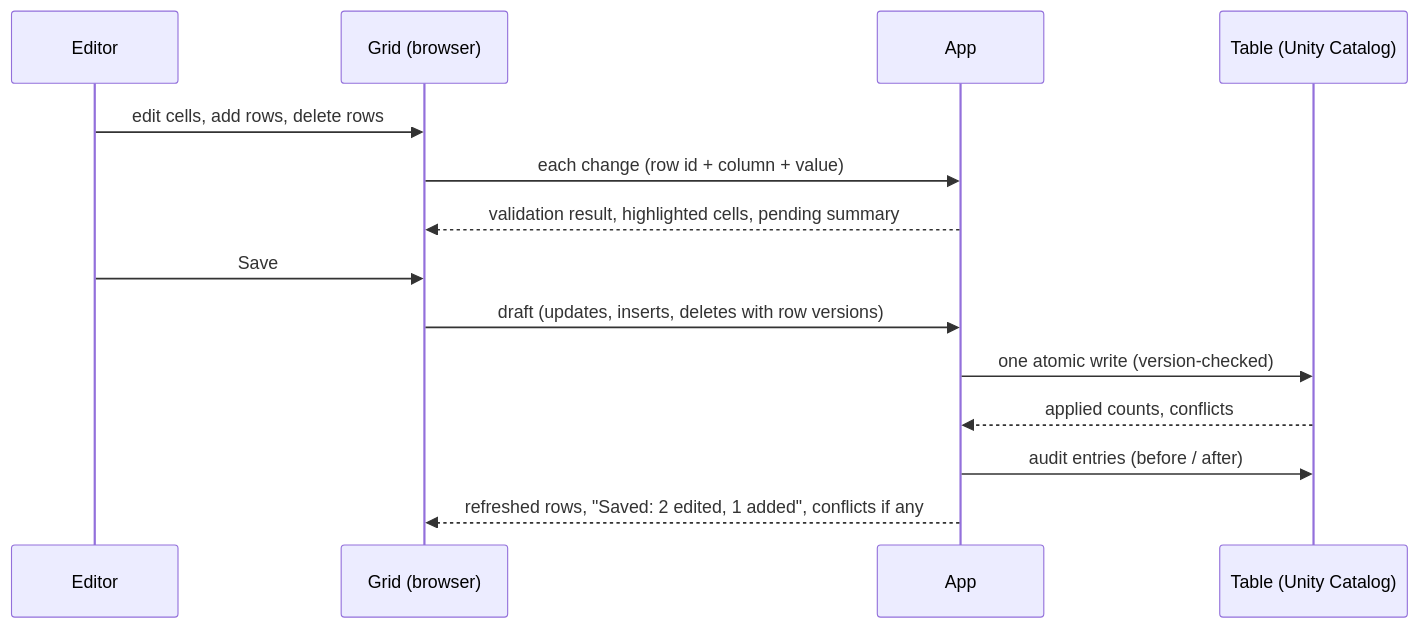
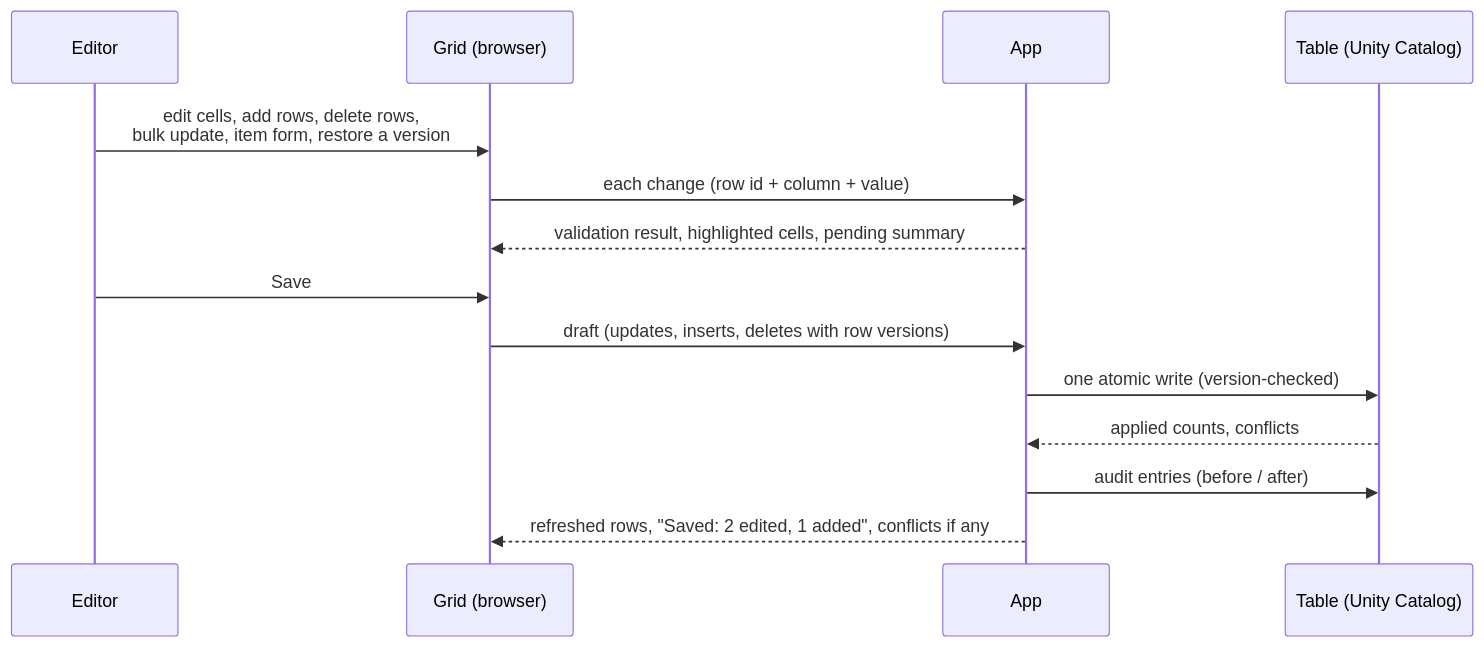
Before and after one commit to roanboc/dbx-reference-data-manager: the third of 5 diagrams in docs/FUNCTIONAL_DESIGN.md, drawn with Mermaid. The commit also changed other lines of this file and 48 other files, not shown here.

````diff
--- a/docs/FUNCTIONAL_DESIGN.md
+++ b/docs/FUNCTIONAL_DESIGN.md
@@ -166,16 +190,16 @@
 ```mermaid
 sequenceDiagram
     participant U as Editor
     participant G as Grid (browser)
     participant A as App
     participant T as Table (Unity Catalog)
-    U->>G: edit cells, add rows, delete rows
+    U->>G: edit cells, add rows, delete rows,<br/>bulk update, item form, restore a version
     G->>A: each change (row id + column + value)
     A-->>G: validation result, highlighted cells, pending summary
     U->>G: Save
     G->>A: draft (updates, inserts, deletes with row versions)
     A->>T: one atomic write (version-checked)
     T-->>A: applied counts, conflicts
     A->>T: audit entries (before / after)
     A-->>G: refreshed rows, "Saved: 2 edited, 1 added", conflicts if any
 ```
````
